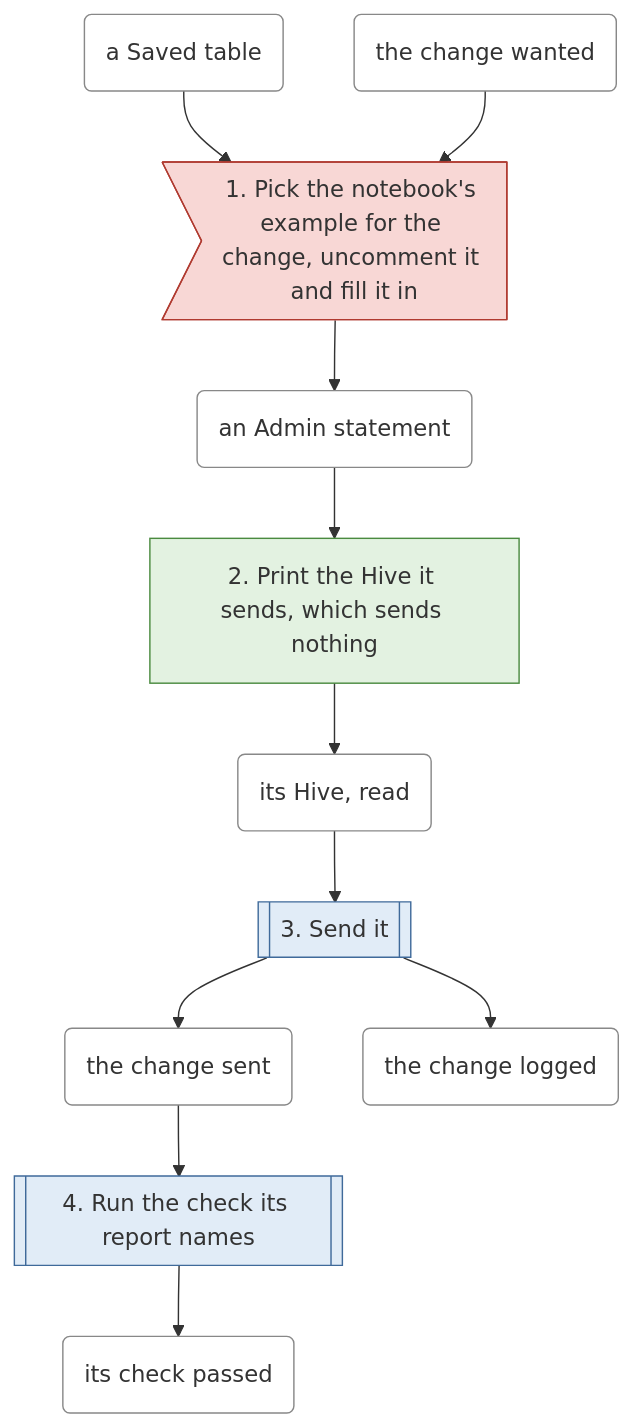
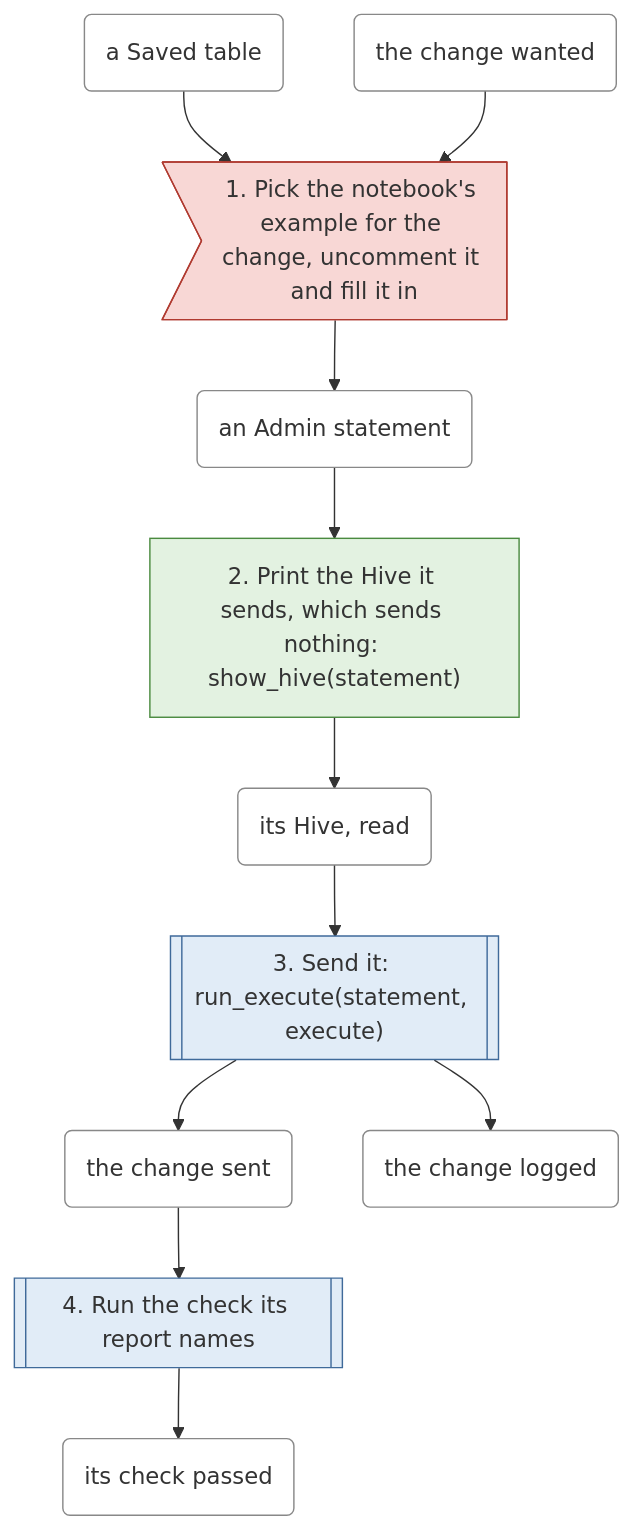
One commit to EdgyPage/SQL-Composer changed the sixth of 6 diagrams in docs/workflows.md. Above: the diagram before and after it, drawn with Mermaid. The commit also changed other lines of this file and 8 other files, not shown here.

````diff
--- a/docs/workflows.md
+++ b/docs/workflows.md
@@ -330,40 +359,40 @@
 ```mermaid
 flowchart TD
     s0>"1. Pick the notebook's example for the change, uncomment it and fill it in"]
     class s0 fiddling
     t0 --> s0
     t1 --> s0
     s0 --> t2
-    s1["2. Print the Hive it sends, which sends nothing"]
+    s1["2. Print the Hive it sends, which sends nothing: show_hive(statement)"]
     class s1 file
     t2 --> s1
     s1 --> t3
-    s2[["3. Send it"]]
+    s2[["3. Send it: run_execute(statement, execute)"]]
     class s2 permission
     t3 --> s2
     s2 --> t4
     s2 --> t5
     s3[["4. Run the check its report names"]]
     class s3 permission
     t4 --> s3
     s3 --> t6
     t0("a Saved table")
     class t0 thing
     t1("the change wanted")
     class t1 thing
     t2("an Admin statement")
     class t2 thing
     t3("its Hive, read")
     class t3 thing
     t4("the change sent")
     class t4 thing
     t5("the change logged")
     class t5 thing
     t6("its check passed")
     class t6 thing
     classDef file fill:#e3f2e1,stroke:#4a8a3f
     classDef permission fill:#e1ecf7,stroke:#3f6a9a
     classDef decision fill:#fbf1d6,stroke:#a8842a
     classDef fiddling fill:#f8d7d5,stroke:#b03a30
     classDef thing fill:#ffffff,stroke:#888888
 ```
````
